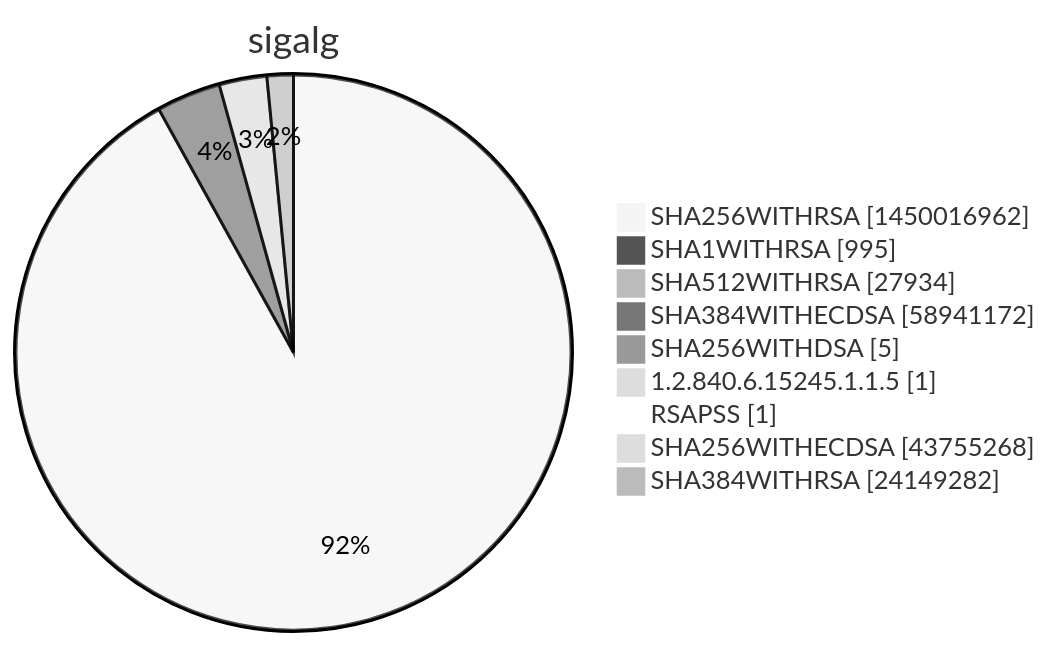
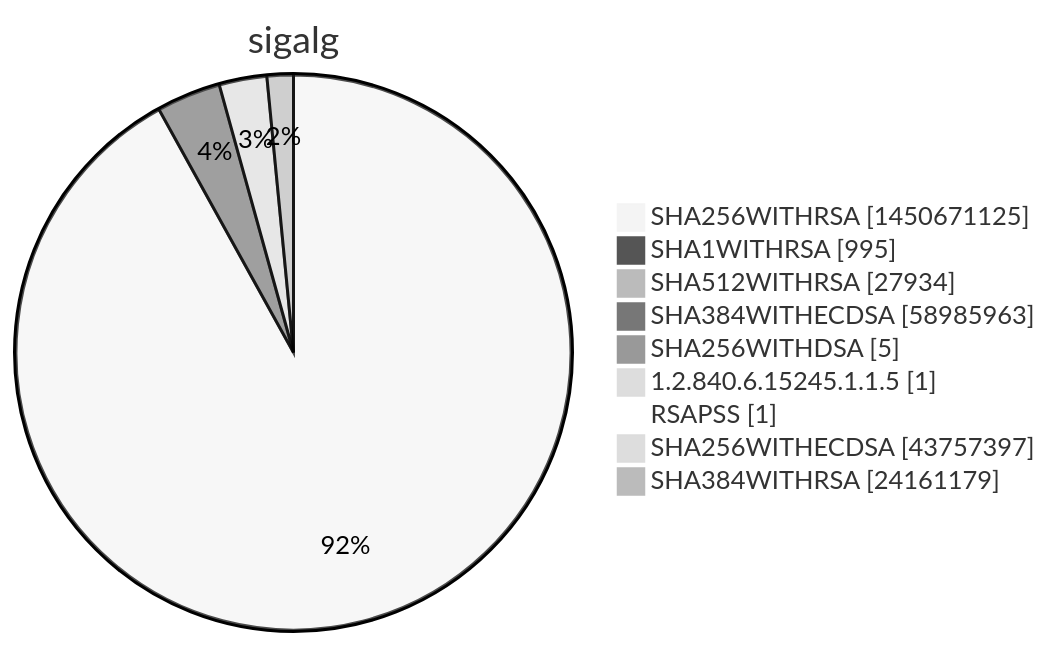
Before and after one commit to christiankrug/ctmonitor_visualization: diagram 15 of 15 in xenon2022/README.md, drawn with Mermaid (neutral theme). The commit also changed other lines of this file, not shown here.

````diff
--- a/xenon2022/README.md
+++ b/xenon2022/README.md
@@ -5862,13 +5862,13 @@
 ```mermaid
 pie showData
 title sigalg
-"SHA256WITHRSA" :1450016962
+"SHA256WITHRSA" :1450671125
 "SHA1WITHRSA" :995
 "SHA512WITHRSA" :27934
-"SHA384WITHECDSA" :58941172
+"SHA384WITHECDSA" :58985963
 "SHA256WITHDSA" :5
 "1.2.840.6.15245.1.1.5" :1
 "RSAPSS" :1
-"SHA256WITHECDSA" :43755268
-"SHA384WITHRSA" :24149282
+"SHA256WITHECDSA" :43757397
+"SHA384WITHRSA" :24161179
 ```
````
